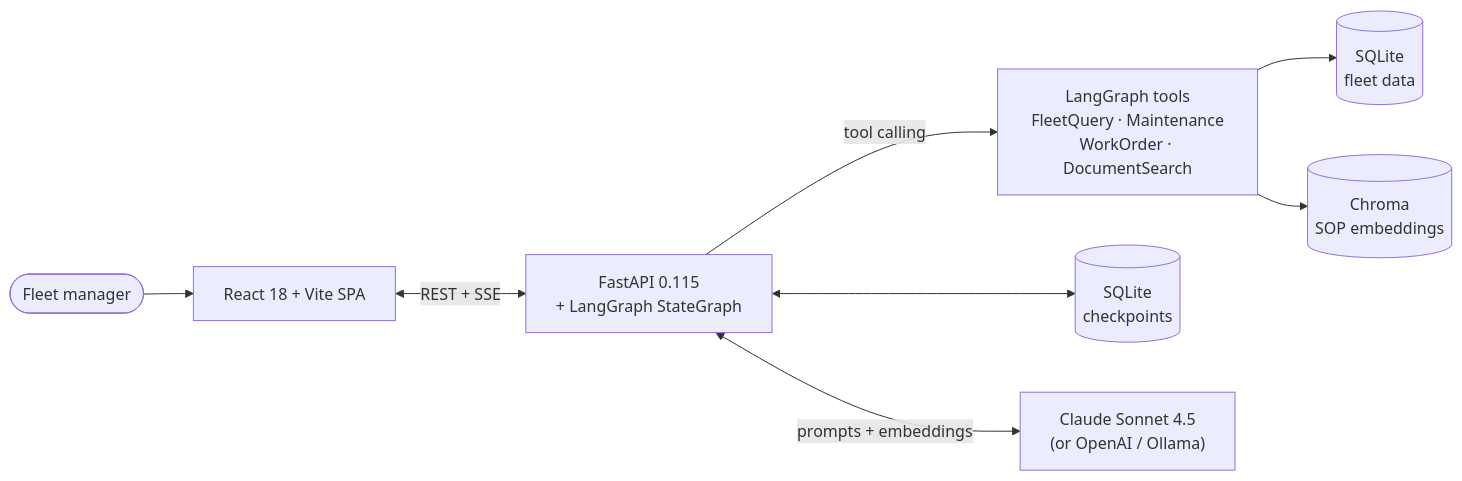
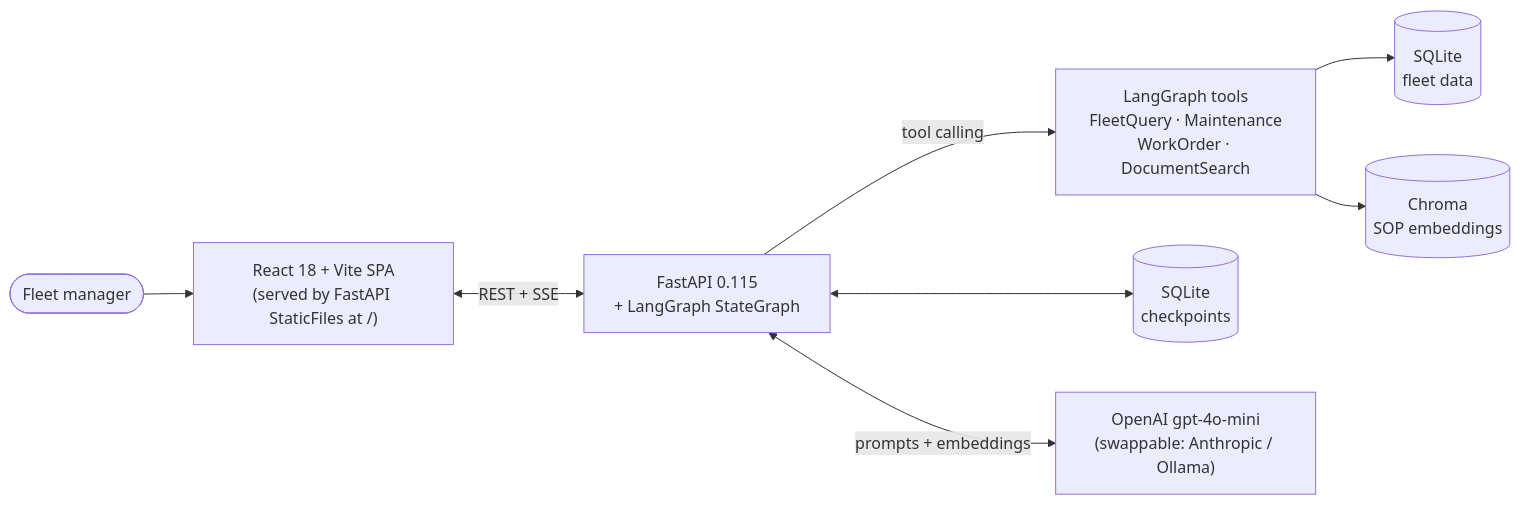
One commit to steven-brett-edwards/fleetwise-ai-python-react changed the diagram in README.md. Above: the diagram before and after it, drawn with Mermaid. The commit also changed other lines of this file and 1 other file, not shown here.

First line of the commit message:
Phase 8: README polish + Built with Claude Code (#8)

````diff
--- a/README.md
+++ b/README.md
@@ -76,19 +86,19 @@
 ```mermaid
 flowchart LR
     User([Fleet manager])
-    UI[React 18 + Vite SPA]
+    UI["React 18 + Vite SPA<br/>(served by FastAPI StaticFiles at /)"]
     API["FastAPI 0.115<br/>+ LangGraph StateGraph"]
     Tools["LangGraph tools<br/>FleetQuery · Maintenance<br/>WorkOrder · DocumentSearch"]
     DB[("SQLite<br/>fleet data")]
     Check[("SQLite<br/>checkpoints")]
     Vec[("Chroma<br/>SOP embeddings")]
-    LLM["Claude Sonnet 4.5<br/>(or OpenAI / Ollama)"]
+    LLM["OpenAI gpt-4o-mini<br/>(swappable: Anthropic / Ollama)"]
 
     User --> UI
     UI <-->|REST + SSE| API
     API -->|tool calling| Tools
     API <-->|prompts + embeddings| LLM
     API <--> Check
     Tools --> DB
     Tools --> Vec
 ```
````
